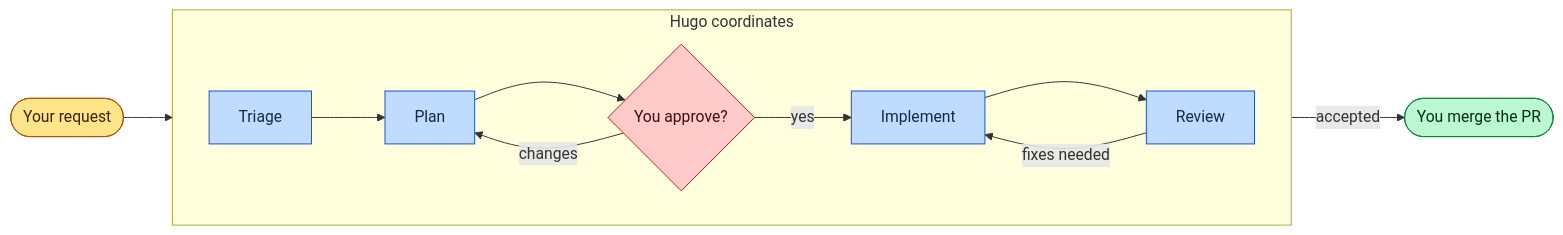
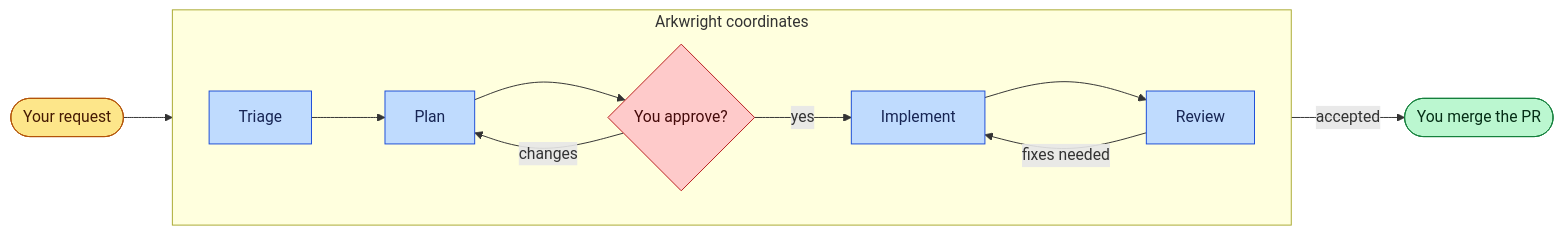
One commit to matt-major/arkwright-factory changed the diagram in README.md. Above: the diagram before and after it, drawn with Mermaid. The commit also changed other lines of this file and 16 other files, not shown here.

Commit message:
Rename Hugo to Arkwright

````diff
--- a/README.md
+++ b/README.md
@@ -26,25 +26,25 @@
 ```mermaid
 flowchart LR
     req([Your request]) --> triage
 
-    subgraph hugo [Hugo coordinates]
+    subgraph arkwright [Arkwright coordinates]
         direction LR
         triage[Triage] --> plan[Plan]
         plan --> approve{You approve?}
         approve -->|yes| implement[Implement]
         approve -->|changes| plan
         implement --> review[Review]
         review -->|fixes needed| implement
     end
 
     review -->|accepted| merge([You merge the PR])
 
     classDef user fill:#fde68a,stroke:#b45309,color:#451a03
     classDef agent fill:#bfdbfe,stroke:#1d4ed8,color:#172554
     classDef gate fill:#fecaca,stroke:#b91c1c,color:#450a0a
     classDef done fill:#bbf7d0,stroke:#15803d,color:#052e16
     class req user
     class triage,plan,implement,review agent
     class approve gate
     class merge done
 ```
````
